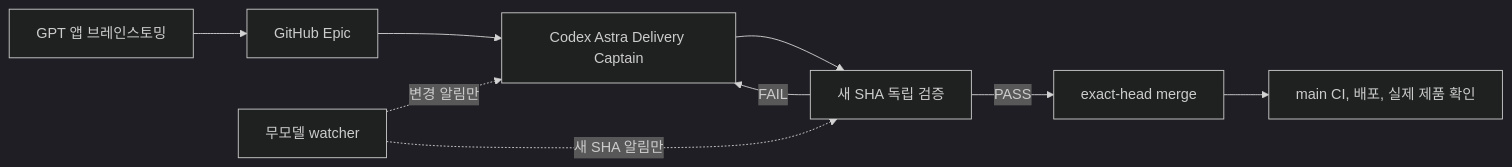
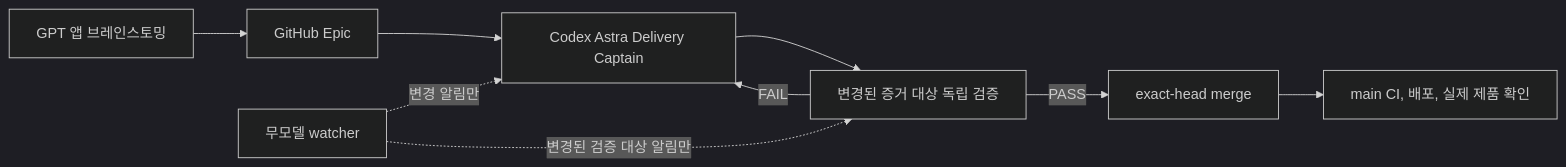
One commit to hypeproof/hypeproof-studio changed the diagram in docs/FIVE-SESSION-DELIVERY.ko.md. Above: the diagram before and after it, drawn with Mermaid (dark theme). The commit also changed other lines of this file and 73 other files, not shown here.

````diff
--- a/docs/FIVE-SESSION-DELIVERY.ko.md
+++ b/docs/FIVE-SESSION-DELIVERY.ko.md
@@ -10,11 +10,11 @@
 ```mermaid
 flowchart LR
   GPT[GPT 앱 브레인스토밍] --> EPIC[GitHub Epic]
   EPIC --> CAPTAIN[Codex Astra Delivery Captain]
-  CAPTAIN --> VERIFY[새 SHA 독립 검증]
+  CAPTAIN --> VERIFY[변경된 증거 대상 독립 검증]
   VERIFY -->|FAIL| CAPTAIN
   VERIFY -->|PASS| MERGE[exact-head merge]
   MERGE --> LIVE[main CI, 배포, 실제 제품 확인]
   WATCH[무모델 watcher] -. 변경 알림만 .-> CAPTAIN
-  WATCH -. 새 SHA 알림만 .-> VERIFY
+  WATCH -. 변경된 검증 대상 알림만 .-> VERIFY
 ```
````
